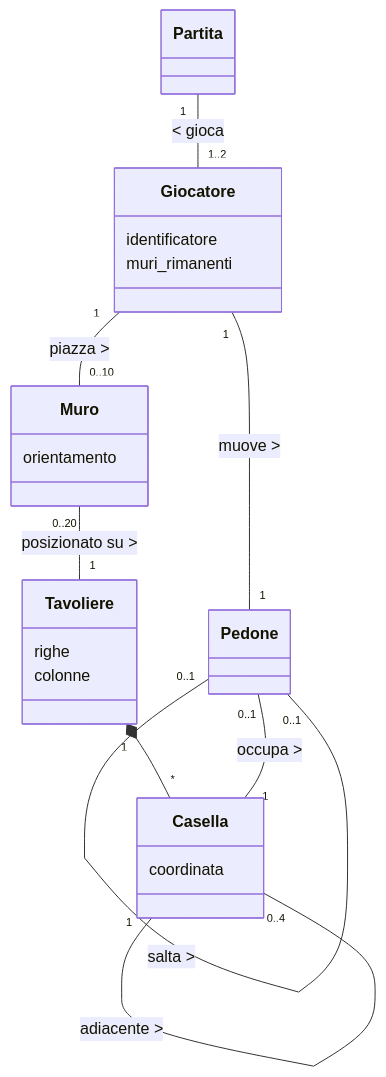
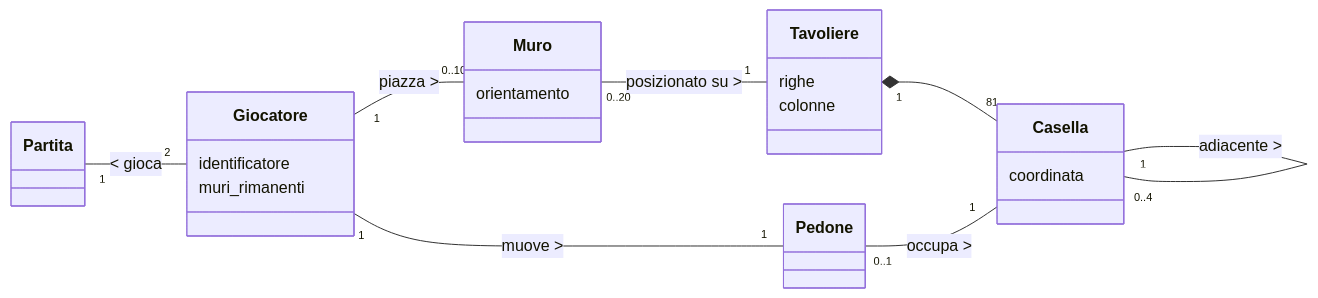
Before and after one commit to mattiatanzi/quoridor-python-mvc: the diagram in docs/Report.md, drawn with Mermaid.

Commit message:
modidicate le associazioni richieste

````diff
--- a/docs/Report.md
+++ b/docs/Report.md
@@ -12,37 +12,36 @@
 ```mermaid
 classDiagram
-    direction TD
+    direction LR
 
     class Partita
 
     class Pedone {
 
     }
 
     class Tavoliere {
         righe
         colonne
     }
 
     class Casella {
         coordinata
     }
 
     class Giocatore {
         identificatore
         muri_rimanenti
     }
 
     class Muro {
         orientamento
     }
 
-    Tavoliere "1" *-- "*" Casella
+    Tavoliere "1" *-- "81" Casella
     Giocatore "1" -- "1" Pedone : muove >
     Giocatore "1" -- "0..10" Muro : piazza >
     Pedone "0..1" --  "1" Casella : occupa >
     Muro "0..20" -- "1" Tavoliere : posizionato su >
     Casella "1" -- "0..4" Casella : adiacente >
-    Partita "1" -- "1..2" Giocatore : < gioca
-    Pedone "0..1" -- "0..1" Pedone : salta >
+    Partita "1" -- "2" Giocatore : < gioca
 ```
````
